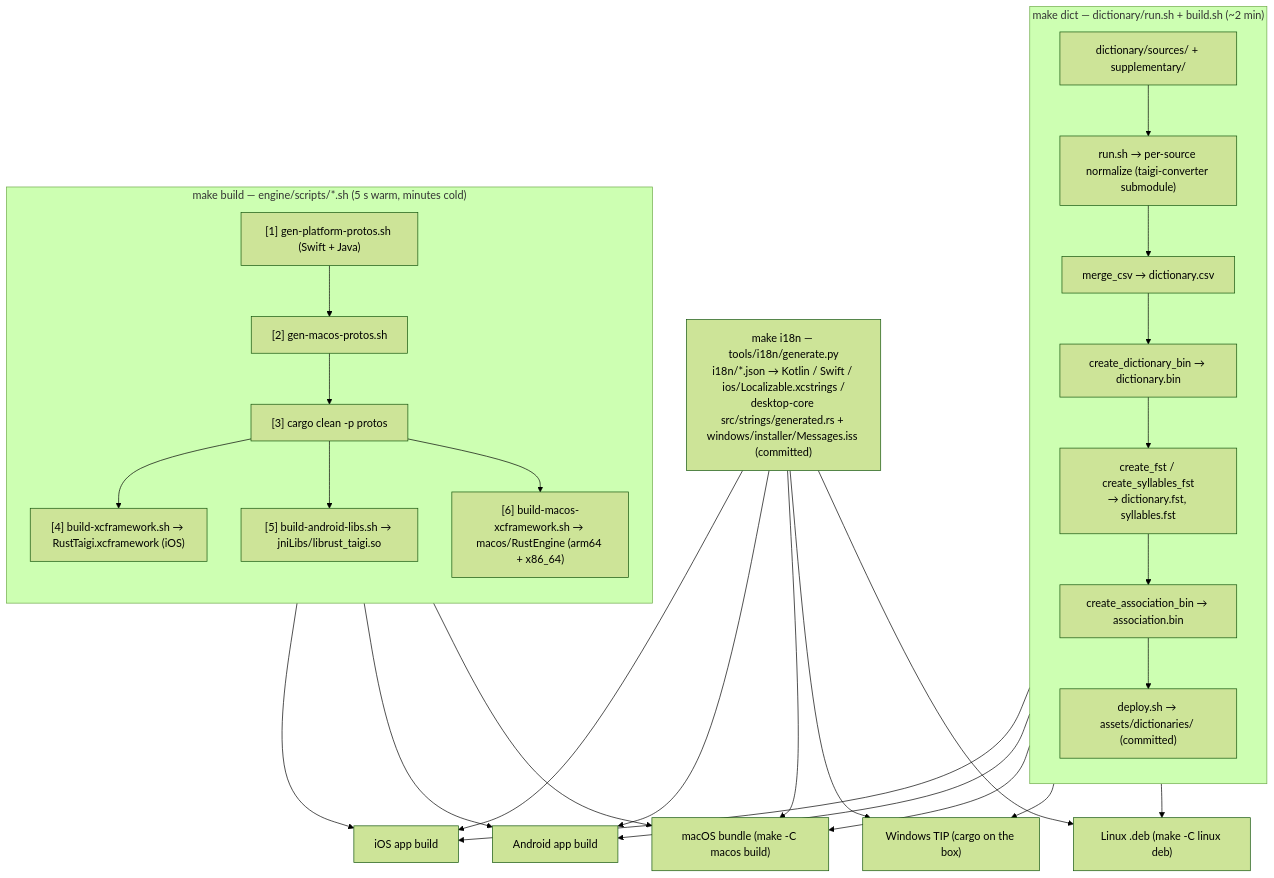
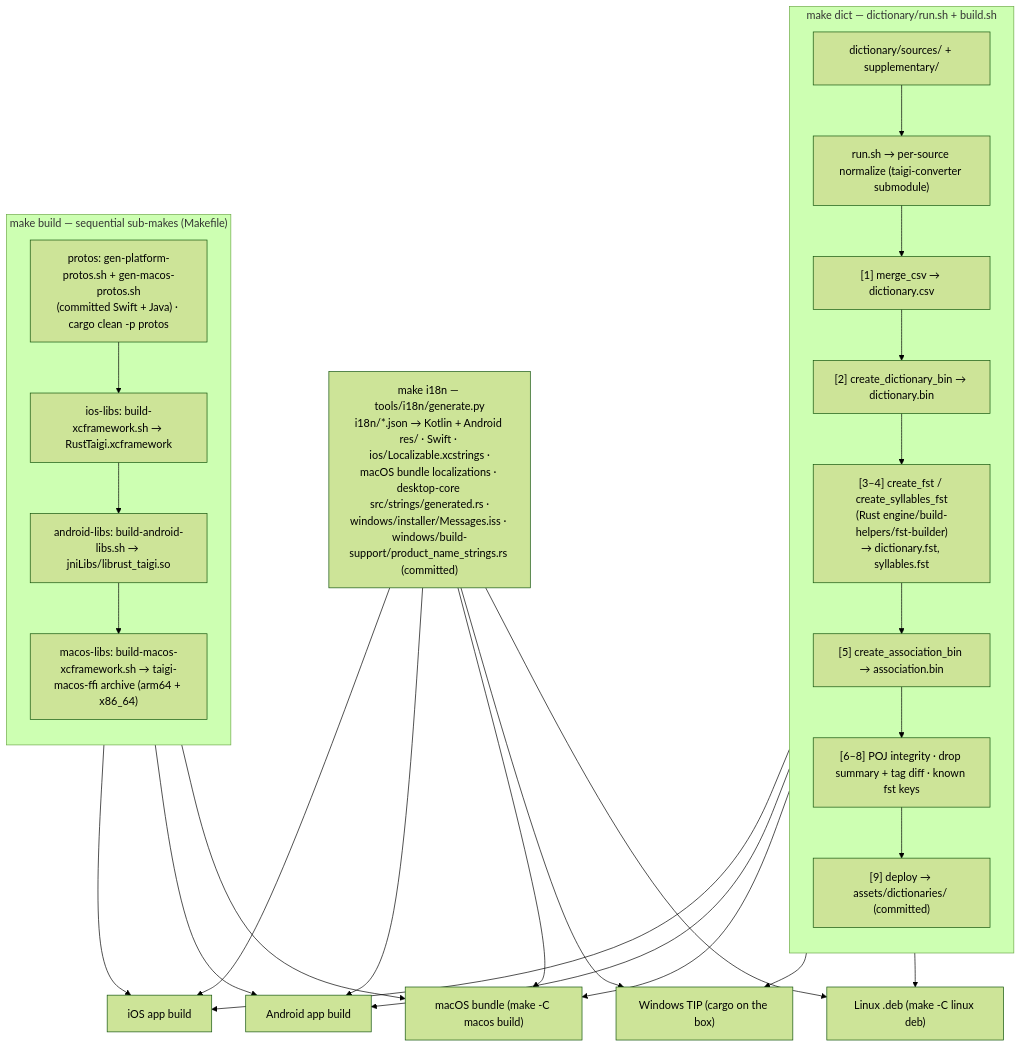
The third of 4 diagrams in docs/architecture/system-overview.md (yapinxxx/taigikeyboard), drawn with Mermaid (forest theme) before and after one commit. The commit also changed other lines of this file and 16 other files, not shown here.

First line of the commit message:
docs: architecture diagram from real code; fix build/root docs

````diff
--- a/docs/architecture/system-overview.md
+++ b/docs/architecture/system-overview.md
@@ -107,24 +121,25 @@
 ```mermaid
 flowchart TD
-    subgraph dictpipe["make dict — dictionary/run.sh + build.sh (~2 min)"]
+    subgraph dictpipe["make dict — dictionary/run.sh + build.sh"]
         direction TB
         src["dictionary/sources/ + supplementary/"] --> pipe["run.sh → per-source normalize (taigi-converter submodule)"]
-        pipe --> merge["merge_csv → dictionary.csv"] --> binw["create_dictionary_bin → dictionary.bin"]
-        binw --> fstw["create_fst / create_syllables_fst<br/>→ dictionary.fst, syllables.fst"] --> assoc["create_association_bin → association.bin"]
-        assoc --> dep["deploy.sh → assets/dictionaries/ (committed)"]
+        pipe --> merge["[1] merge_csv → dictionary.csv"] --> binw["[2] create_dictionary_bin → dictionary.bin"]
+        binw --> fstw["[3–4] create_fst / create_syllables_fst<br/>(Rust engine/build-helpers/fst-builder)<br/>→ dictionary.fst, syllables.fst"] --> assoc["[5] create_association_bin → association.bin"]
+        assoc --> verify["[6–8] POJ integrity · drop summary + tag diff · known fst keys"]
+        verify --> dep["[9] deploy → assets/dictionaries/ (committed)"]
     end
-    subgraph buildpipe["make build — engine/scripts/*.sh (5 s warm, minutes cold)"]
+    subgraph buildpipe["make build — sequential sub-makes (Makefile)"]
         direction TB
-        proto["[1] gen-platform-protos.sh (Swift + Java)"] --> mproto["[2] gen-macos-protos.sh"] --> clean["[3] cargo clean -p protos"]
-        clean --> xcf["[4] build-xcframework.sh → RustTaigi.xcframework (iOS)"]
-        clean --> jnib["[5] build-android-libs.sh → jniLibs/librust_taigi.so"]
-        clean --> mxcf["[6] build-macos-xcframework.sh → macos/RustEngine (arm64 + x86_64)"]
+        proto["protos: gen-platform-protos.sh + gen-macos-protos.sh<br/>(committed Swift + Java) · cargo clean -p protos"]
+        proto --> xcf["ios-libs: build-xcframework.sh → RustTaigi.xcframework"]
+        xcf --> jnib["android-libs: build-android-libs.sh → jniLibs/librust_taigi.so"]
+        jnib --> mxcf["macos-libs: build-macos-xcframework.sh → taigi-macos-ffi archive (arm64 + x86_64)"]
     end
-    i18n["make i18n — tools/i18n/generate.py<br/>i18n/*.json → Kotlin / Swift / ios/Localizable.xcstrings /<br/>desktop-core src/strings/generated.rs + windows/installer/Messages.iss (committed)"]
+    i18n["make i18n — tools/i18n/generate.py<br/>i18n/*.json → Kotlin + Android res/ · Swift · ios/Localizable.xcstrings ·<br/>macOS bundle localizations · desktop-core src/strings/generated.rs ·<br/>windows/installer/Messages.iss · windows/build-support/product_name_strings.rs (committed)"]
 
     dep --> iosApp["iOS app build"] & andApp["Android app build"] & macApp["macOS bundle (make -C macos build)"] & winApp["Windows TIP (cargo on the box)"] & linApp["Linux .deb (make -C linux deb)"]
     xcf --> iosApp
     jnib --> andApp
     mxcf --> macApp
     i18n --> iosApp & andApp & macApp & winApp & linApp
 ```
````
